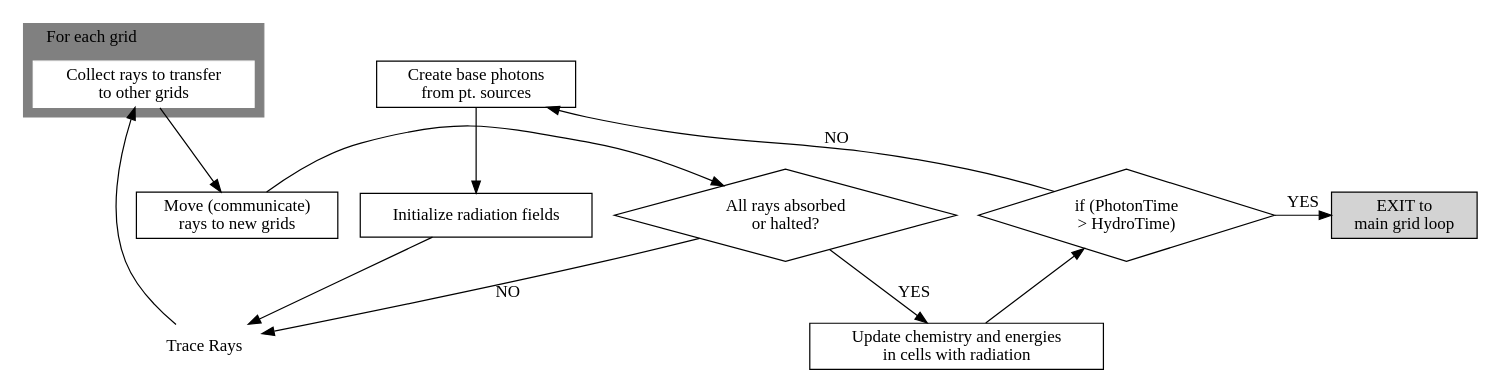
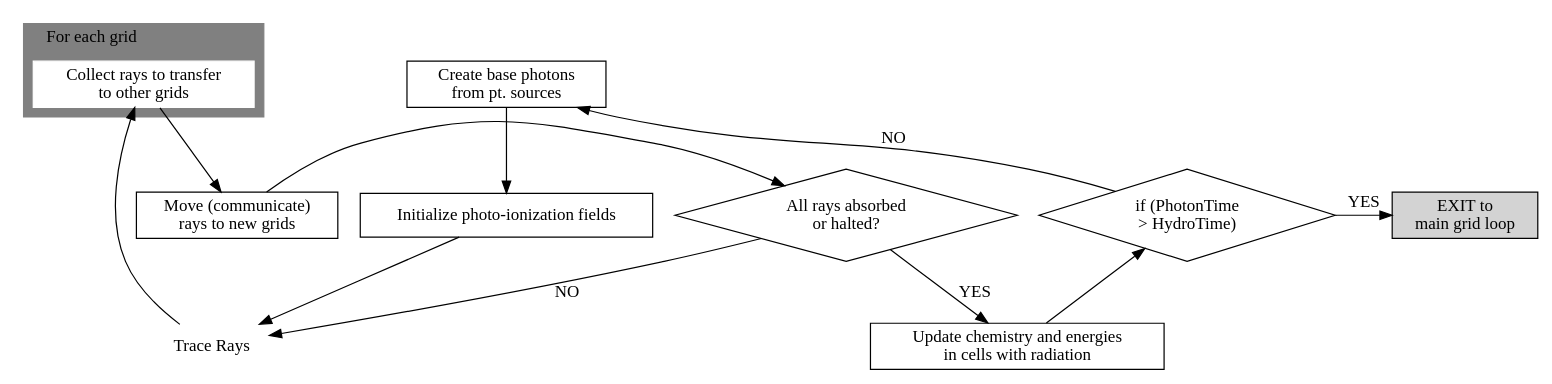
One commit to jwise77/moray changed the diagram in fig/RTcoupling.dot. Above: the diagram before and after it, drawn with Graphviz. The commit also changed 4 other files, not shown here.

```diff
--- a/fig/RTcoupling.dot
+++ b/fig/RTcoupling.dot
@@ -1,53 +1,53 @@
 digraph coupling {
   //compound=true;
   splines=true;
   //font=Helvetica;
   //graph [ labelloc=t, label = "Repeat until (PhotonTime > HydroTime)\n\n" ];
   //rankdir=BT;
   //ordering=out;
   //node [shape=box];
 
   Shine [shape=box, label="Create base photons\nfrom pt. sources"];
-  Initialize [shape=box, label="Initialize radiation fields"];
+  Initialize [shape=box, label="Initialize photo-ionization fields"];
 //  Trace [shape=box, label="Trace Rays"];
 //  MoveList [shape=box, label="Collect rays to transfer\nto other grids"];
   Trace [shape=box, color=white, style=filled, label="Trace Rays"];
   MoveList [shape=box, color=white, style=filled, label="Collect rays to transfer\nto other grids"];
   MoveRays [shape=box, label="Move (communicate)\nrays to new grids"];
   FinishedRays [shape=diamond, label="All rays absorbed\nor halted?"];
   ChemEnergy [shape=box, label="Update chemistry and energies\nin cells with radiation"]
   Finished [shape=diamond, label="if (PhotonTime\n > HydroTime)"];
   Exit [shape=box, style=filled, label="EXIT to\nmain grid loop"];
   
   Invis0 [label="", style=invisible, size="0.1,0.1"]
 //  Invis1 [size="0,0", style=invisible]
 //  Invis2 [size="0,0", style=invisible]
 
 
   subgraph cluster0 {
     color = grey;
     style = filled;
     labeljust = "l";
     label="For each grid";
     Trace -> MoveList;
   }
 
 //  Shine -> Initialize;
 //  Initialize -> Trace;
   Shine -> Initialize -> Trace;
   MoveList -> MoveRays -> FinishedRays;
   FinishedRays -> ChemEnergy [label="YES"];
   ChemEnergy -> Finished;
   Finished -> Exit [label="YES"];
   FinishedRays -> Trace [weight=0,label="NO"];
   Finished -> Shine [weight=0,label="NO"];
 
   { rank=min; Shine }
   { rank=same; FinishedRays; MoveRays; }
   { rank=same; ChemEnergy; Trace; }
   { rank=same; Finished; Initialize; Exit; }
 //  { rank=same; MoveRays; Finished }
 //  { rank=same; MoveRays; FinishedRays; }
 
 
 }
```
